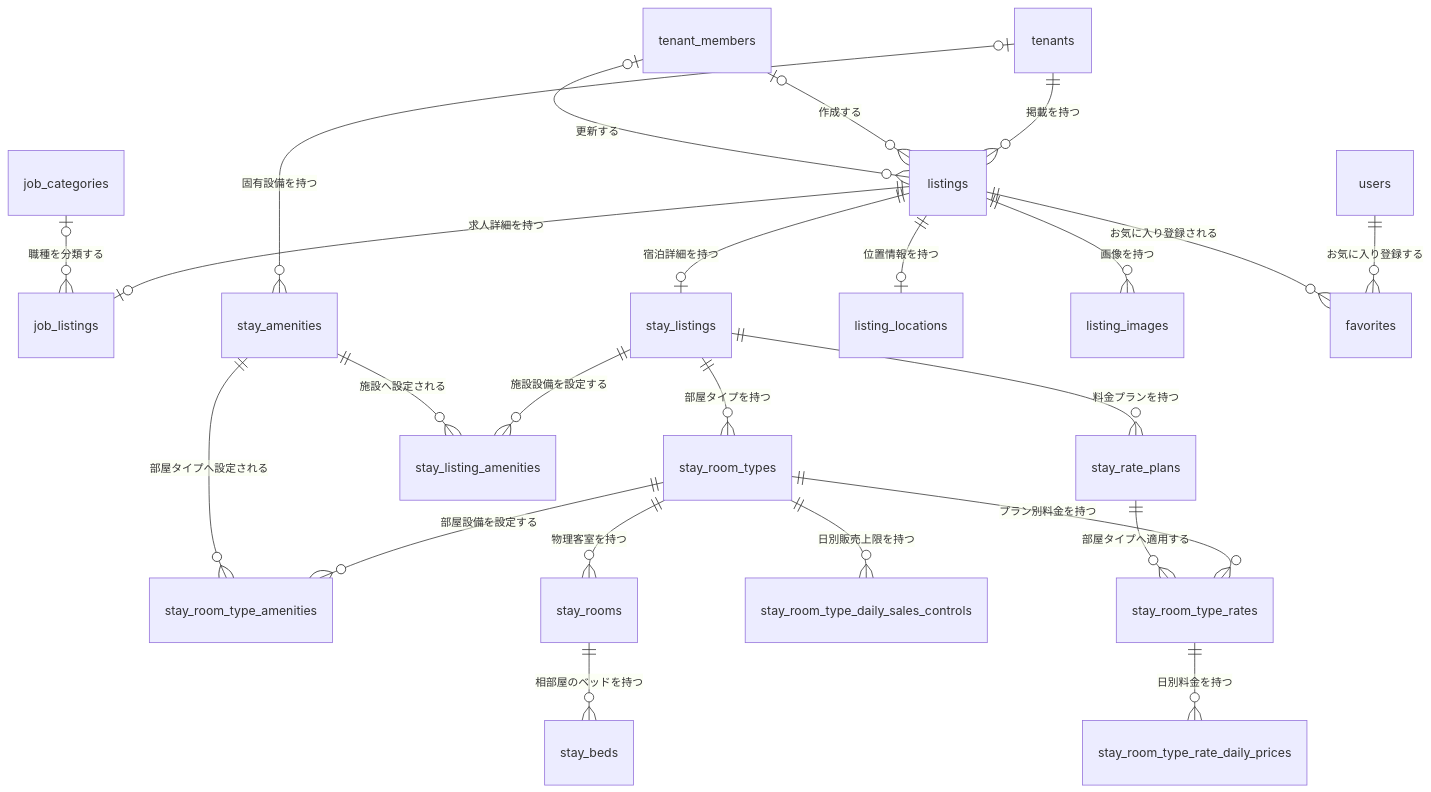
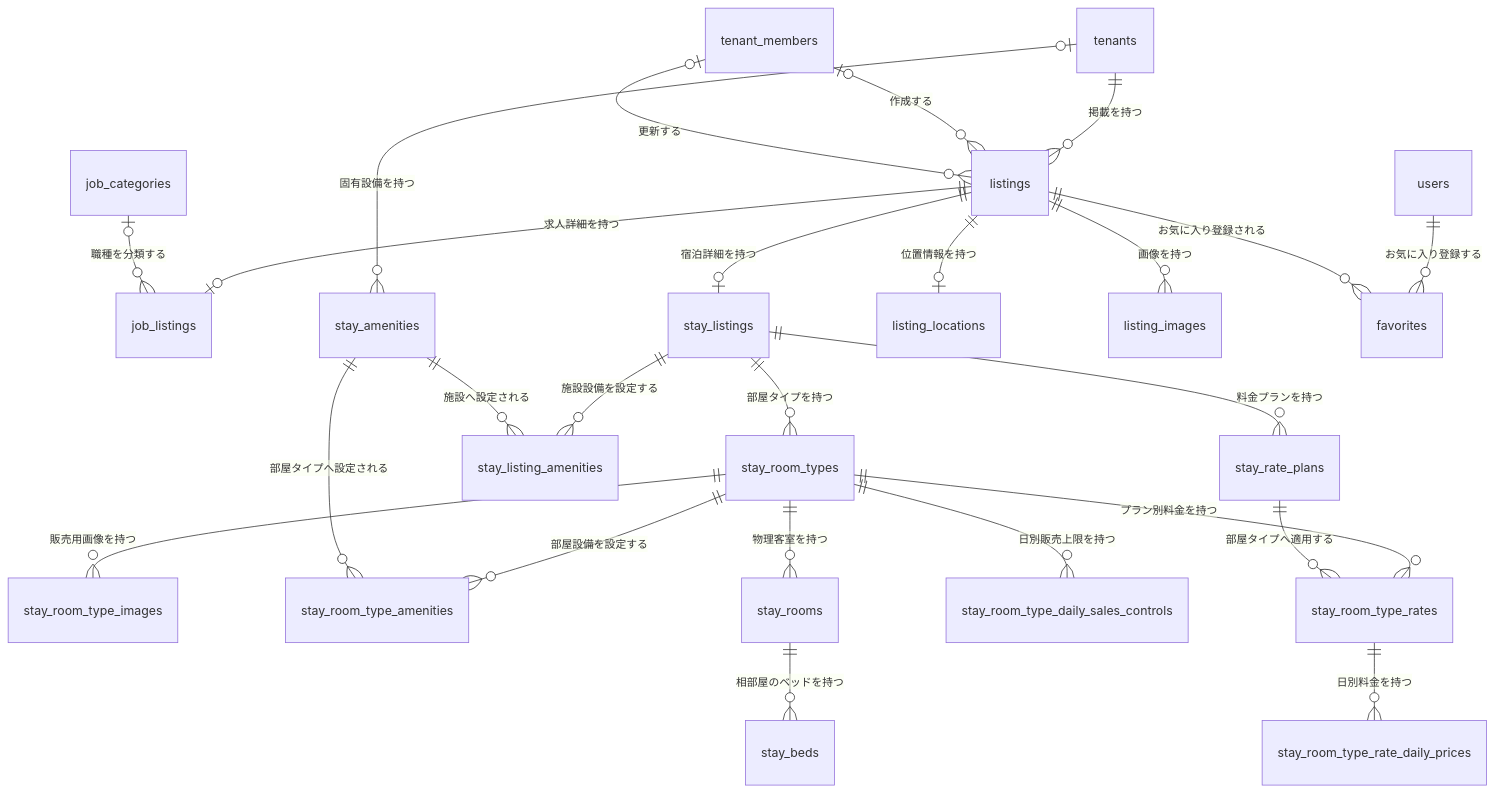
One commit to t0kio2/community-hub changed the first of 5 diagrams in docs/er/01-listing.md. Above: the diagram before and after it, drawn with Mermaid. The commit also changed 13 other files, not shown here.

````diff
--- a/docs/er/01-listing.md
+++ b/docs/er/01-listing.md
@@ -13,26 +13,27 @@
 ```mermaid
 erDiagram
     tenants ||--o{ listings : "掲載を持つ"
     tenant_members o|--o{ listings : "作成する"
     tenant_members o|--o{ listings : "更新する"
     listings ||--o| job_listings : "求人詳細を持つ"
     job_categories o|--o{ job_listings : "職種を分類する"
     listings ||--o| stay_listings : "宿泊詳細を持つ"
     stay_listings ||--o{ stay_room_types : "部屋タイプを持つ"
+    stay_room_types ||--o{ stay_room_type_images : "販売用画像を持つ"
     tenants o|--o{ stay_amenities : "固有設備を持つ"
     stay_listings ||--o{ stay_listing_amenities : "施設設備を設定する"
     stay_amenities ||--o{ stay_listing_amenities : "施設へ設定される"
     stay_room_types ||--o{ stay_room_type_amenities : "部屋設備を設定する"
     stay_amenities ||--o{ stay_room_type_amenities : "部屋タイプへ設定される"
     stay_room_types ||--o{ stay_rooms : "物理客室を持つ"
     stay_rooms ||--o{ stay_beds : "相部屋のベッドを持つ"
     stay_room_types ||--o{ stay_room_type_daily_sales_controls : "日別販売上限を持つ"
     stay_listings ||--o{ stay_rate_plans : "料金プランを持つ"
     stay_room_types ||--o{ stay_room_type_rates : "プラン別料金を持つ"
     stay_rate_plans ||--o{ stay_room_type_rates : "部屋タイプへ適用する"
     stay_room_type_rates ||--o{ stay_room_type_rate_daily_prices : "日別料金を持つ"
     listings ||--o| listing_locations : "位置情報を持つ"
     listings ||--o{ listing_images : "画像を持つ"
     users ||--o{ favorites : "お気に入り登録する"
     listings ||--o{ favorites : "お気に入り登録される"
 ```
````
